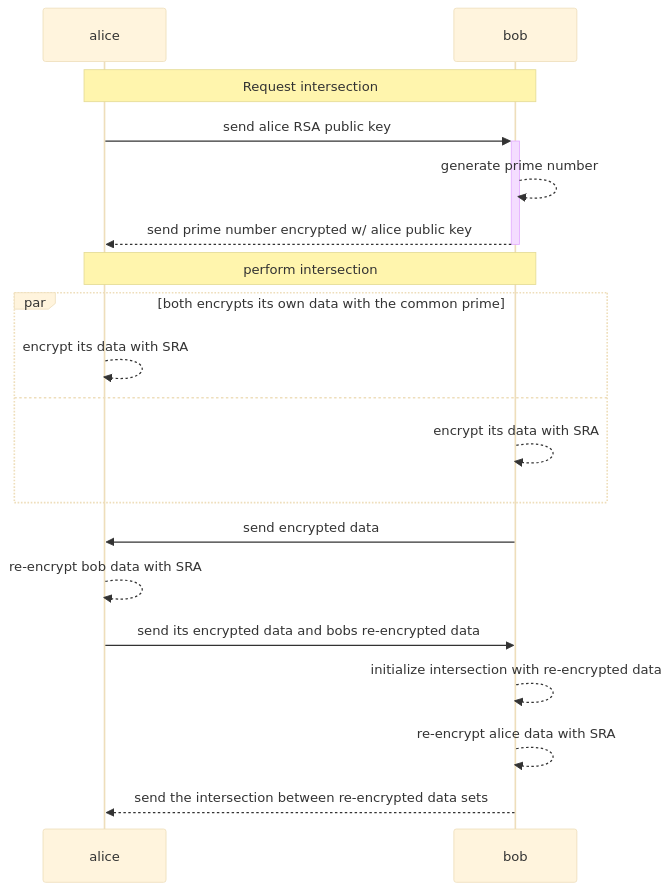
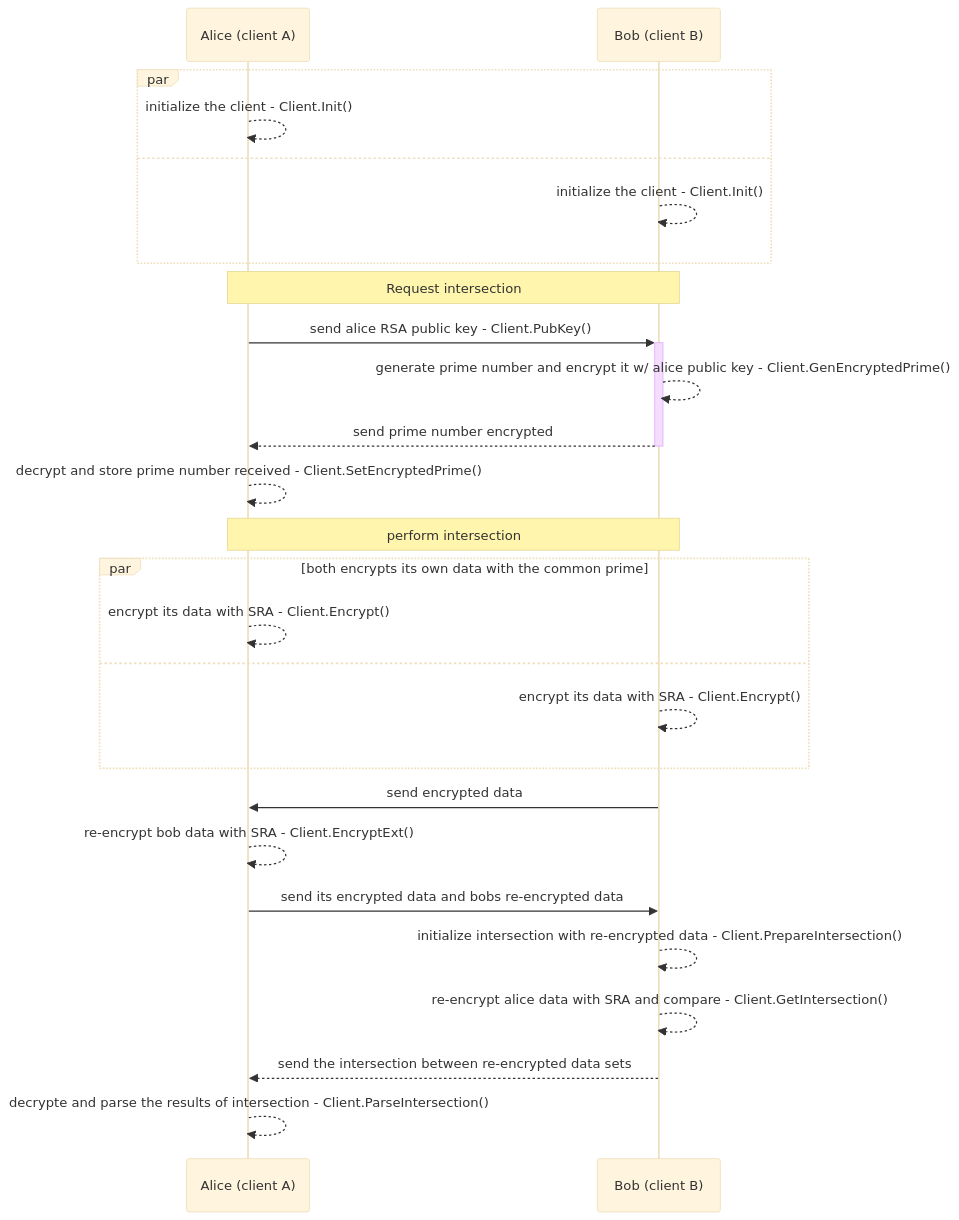
Before and after one commit to lucasmenendez/gopsi: the diagram in examples/psi_example/README.md, drawn with Mermaid (base theme). The commit also changed other lines of this file and 7 other files, not shown here.

````diff
--- a/examples/psi_example/README.md
+++ b/examples/psi_example/README.md
@@ -9,24 +29,32 @@
 ```mermaid
 sequenceDiagram
-    participant alice
-    participant bob
+    participant Alice (client A)
+    participant Bob (client B)
 
-    Note over alice,bob: Request intersection
-    alice->>+bob: send alice RSA public key
-    bob-->>bob: generate prime number 
-    bob-->>-alice: send prime number encrypted w/ alice public key
-
-    Note over alice,bob: perform intersection
-    par both encrypts its own data with the common prime
-        alice-->>alice: encrypt its data with SRA
+    par
+        Alice (client A)-->>Alice (client A): initialize the client - Client.Init()
     and
-        bob-->>bob: encrypt its data with SRA
+        Bob (client B)-->>Bob (client B): initialize the client - Client.Init()
     end
 
-    bob->>alice: send encrypted data
-    alice-->>alice: re-encrypt bob data with SRA
-    alice->>bob: send its encrypted data and bobs re-encrypted data
-    bob-->>bob: initialize intersection with re-encrypted data
-    bob-->>bob: re-encrypt alice data with SRA
-    bob-->>alice: send the intersection between re-encrypted data sets
+    Note over Alice (client A),Bob (client B): Request intersection
+    Alice (client A)->>+Bob (client B): send alice RSA public key - Client.PubKey()
+    Bob (client B)-->>Bob (client B): generate prime number and encrypt it w/ alice public key - Client.GenEncryptedPrime()
+    Bob (client B)-->>-Alice (client A): send prime number encrypted
+    Alice (client A)-->>Alice (client A): decrypt and store prime number received - Client.SetEncryptedPrime()
+
+    Note over Alice (client A),Bob (client B): perform intersection
+    par both encrypts its own data with the common prime
+        Alice (client A)-->>Alice (client A): encrypt its data with SRA - Client.Encrypt()
+    and
+        Bob (client B)-->>Bob (client B): encrypt its data with SRA - Client.Encrypt()
+    end
+
+    Bob (client B)->>Alice (client A): send encrypted data
+    Alice (client A)-->>Alice (client A): re-encrypt bob data with SRA - Client.EncryptExt()
+    Alice (client A)->>Bob (client B): send its encrypted data and bobs re-encrypted data
+    Bob (client B)-->>Bob (client B): initialize intersection with re-encrypted data - Client.PrepareIntersection()
+    Bob (client B)-->>Bob (client B): re-encrypt alice data with SRA and compare - Client.GetIntersection()
+    Bob (client B)-->>Alice (client A): send the intersection between re-encrypted data sets
+    Alice (client A)-->>Alice (client A): decrypte and parse the results of intersection - Client.ParseIntersection()
 ```
````
